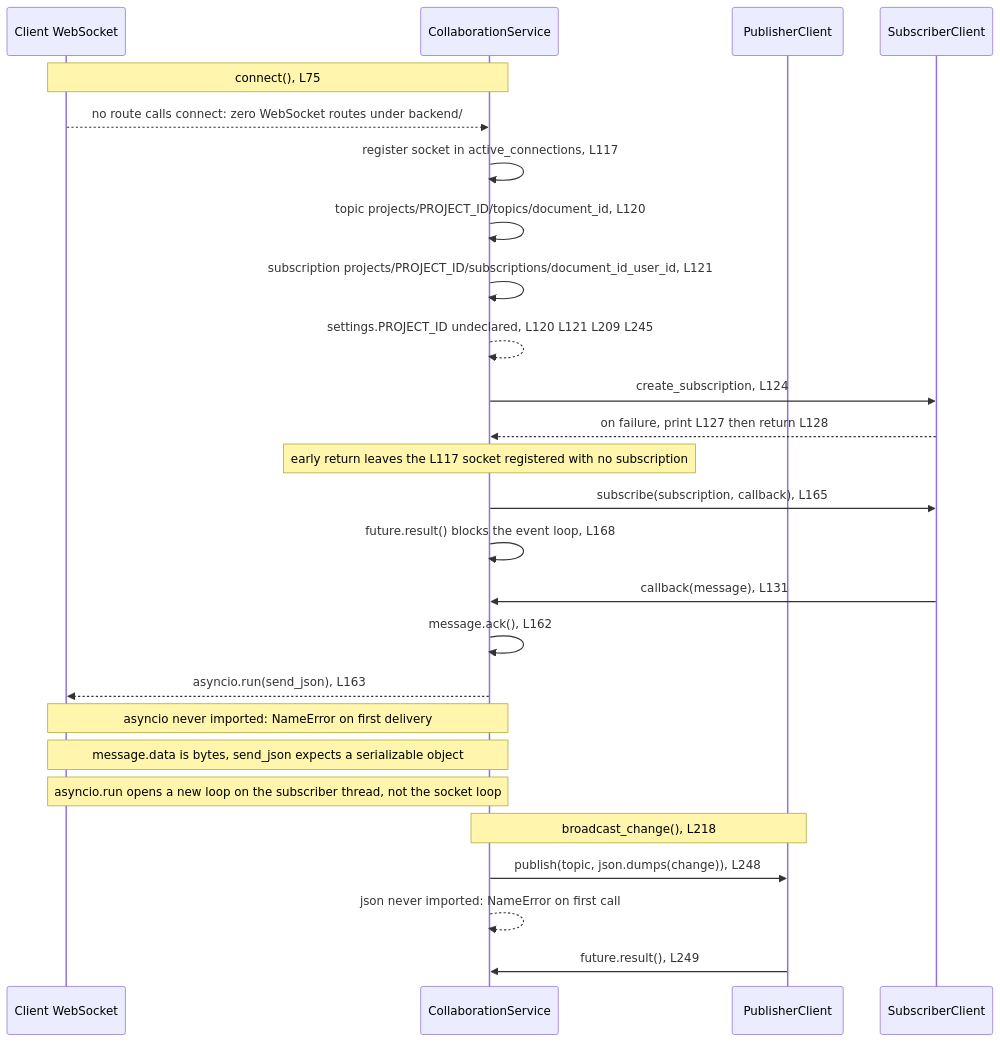
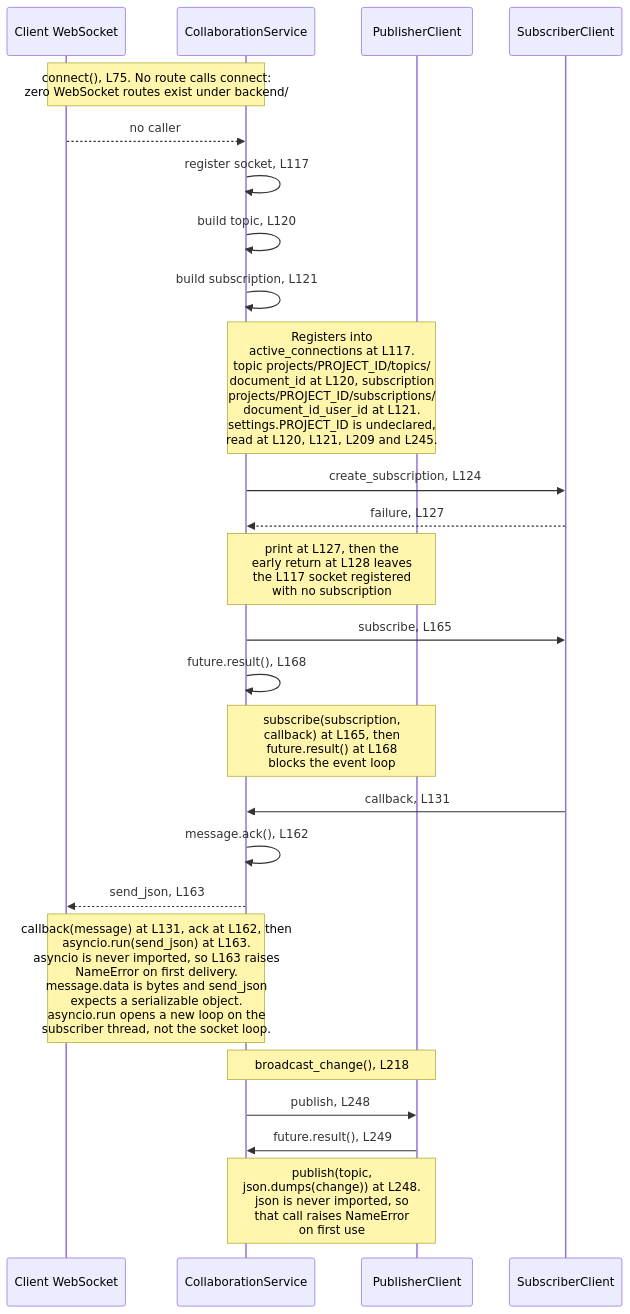
Before and after one commit to blitzy-public-samples/microsoft-word-u33ko0: the first of 2 diagrams in backend/app/services/README.md, drawn with Mermaid. The commit also changed other lines of this file and 20 other files, not shown here.

First line of the commit message:
﻿docs: resolve QA findings on Mermaid legibility, label integrity and accessibility

````diff
--- a/backend/app/services/README.md
+++ b/backend/app/services/README.md
@@ -129,30 +129,30 @@
 ```mermaid
 sequenceDiagram
+    accTitle: The per-document Pub/Sub collaboration fan-out
+    accDescr: No route calls connect, so the whole exchange is unreachable. Inside it, an early return leaves a socket registered with no subscription, and two undefined module names raise on first delivery and first publish.
     participant WS as Client WebSocket
     participant CS as CollaborationService
     participant PUB as PublisherClient
     participant SUB as SubscriberClient
 
-    Note over WS,CS: connect(), L75
-    WS -->> CS: no route calls connect: zero WebSocket routes under backend/
-    CS ->> CS: register socket in active_connections, L117
-    CS ->> CS: topic projects/PROJECT_ID/topics/document_id, L120
-    CS ->> CS: subscription projects/PROJECT_ID/subscriptions/document_id_user_id, L121
-    CS -->> CS: settings.PROJECT_ID undeclared, L120 L121 L209 L245
+    Note over WS,CS: connect(), L75. No route calls connect:<br/>zero WebSocket routes exist under backend/
+    WS -->> CS: no caller
+    CS ->> CS: register socket, L117
+    CS ->> CS: build topic, L120
+    CS ->> CS: build subscription, L121
+    Note over CS,PUB: Registers into<br/>active_connections at L117.<br/>topic projects/PROJECT_ID/topics/<br/>document_id at L120, subscription<br/>projects/PROJECT_ID/subscriptions/<br/>document_id_user_id at L121.<br/>settings.PROJECT_ID is undeclared,<br/>read at L120, L121, L209 and L245.
     CS ->> SUB: create_subscription, L124
-    SUB -->> CS: on failure, print L127 then return L128
-    Note over CS: early return leaves the L117 socket registered with no subscription
-    CS ->> SUB: subscribe(subscription, callback), L165
-    CS ->> CS: future.result() blocks the event loop, L168
-    SUB ->> CS: callback(message), L131
+    SUB -->> CS: failure, L127
+    Note over CS,PUB: print at L127, then the<br/>early return at L128 leaves<br/>the L117 socket registered<br/>with no subscription
+    CS ->> SUB: subscribe, L165
+    CS ->> CS: future.result(), L168
+    Note over CS,PUB: subscribe(subscription,<br/>callback) at L165, then<br/>future.result() at L168<br/>blocks the event loop
+    SUB ->> CS: callback, L131
     CS ->> CS: message.ack(), L162
-    CS -->> WS: asyncio.run(send_json), L163
-    Note over CS,WS: asyncio never imported: NameError on first delivery
-    Note over CS,WS: message.data is bytes, send_json expects a serializable object
-    Note over CS,WS: asyncio.run opens a new loop on the subscriber thread, not the socket loop
-
+    CS -->> WS: send_json, L163
+    Note over WS,CS: callback(message) at L131, ack at L162, then<br/>asyncio.run(send_json) at L163.<br/>asyncio is never imported, so L163 raises<br/>NameError on first delivery.<br/>message.data is bytes and send_json<br/>expects a serializable object.<br/>asyncio.run opens a new loop on the<br/>subscriber thread, not the socket loop.
     Note over CS,PUB: broadcast_change(), L218
-    CS ->> PUB: publish(topic, json.dumps(change)), L248
-    CS -->> CS: json never imported: NameError on first call
+    CS ->> PUB: publish, L248
     PUB ->> CS: future.result(), L249
+    Note over CS,PUB: publish(topic,<br/>json.dumps(change)) at L248.<br/>json is never imported, so<br/>that call raises NameError<br/>on first use
 ```
````
